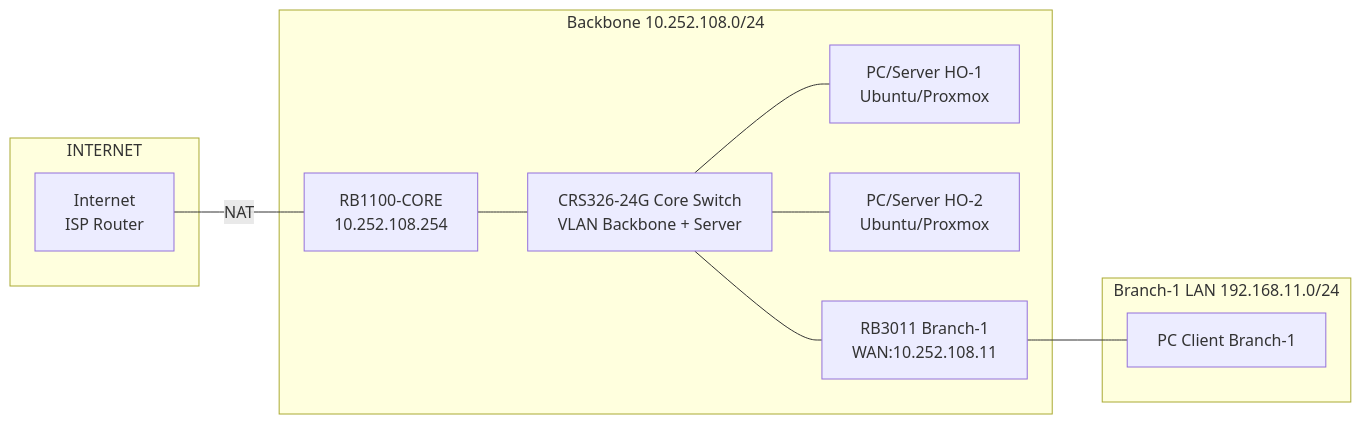
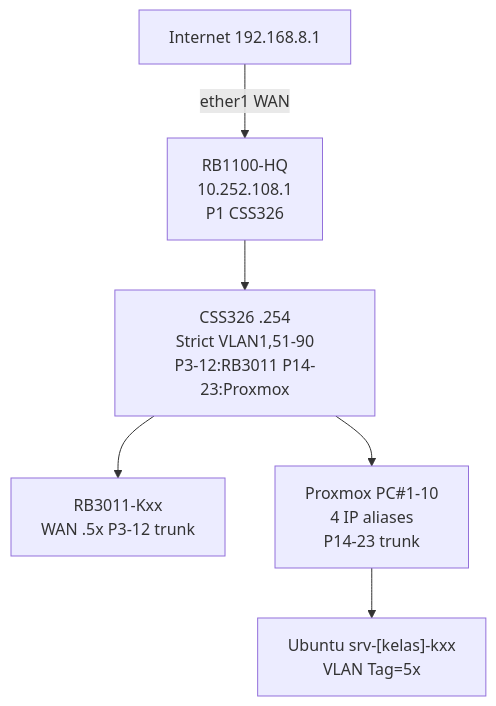
One commit to ferryastika/workshop-admin-jar-2026-B changed the diagram in MINGGU_1_Setup-Environment.md. Above: the diagram before and after it, drawn with Mermaid. The commit also changed other lines of this file, not shown here.

````diff
--- a/MINGGU_1_Setup-Environment.md
+++ b/MINGGU_1_Setup-Environment.md
@@ -38,19 +15,8 @@
 ```mermaid
-graph LR
-    subgraph INTERNET
-        WAN[Internet<br/>ISP Router]
-    end
-
-    WAN ---|NAT| RB1100CORE[RB1100-CORE<br/>10.252.108.254]
-
-    subgraph BACKBONE["Backbone 10.252.108.0/24"]
-        RB1100CORE --- CRS326[CRS326-24G Core Switch<br/>VLAN Backbone + Server]
-        CRS326 --- PC-HO1[PC/Server HO-1<br/>Ubuntu/Proxmox]
-        CRS326 --- PC-HO2[PC/Server HO-2<br/>Ubuntu/Proxmox]
-        CRS326 --- RB3011-BR1[RB3011 Branch-1<br/>WAN:10.252.108.11]
-    end
-
-    subgraph BRANCH1["Branch-1 LAN 192.168.11.0/24"]
-        RB3011-BR1 --- PC-BR1[PC Client Branch-1]
-    end
+graph TB
+    INTERNET[Internet 192.168.8.1] -->|ether1 WAN| RBHQ[RB1100-HQ<br/>10.252.108.1<br/>P1 CSS326]
+    RBHQ --> CSS[CSS326 .254<br/>Strict VLAN1,51-90<br/>P3-12:RB3011 P14-23:Proxmox]
+    CSS --> RB3011[RB3011-Kxx<br/>WAN .5x P3-12 trunk]
+    CSS --> PVE[Proxmox PC#1-10<br/>4 IP aliases<br/>P14-23 trunk]
+    PVE --> VM["Ubuntu srv-[kelas]-kxx<br/>VLAN Tag=5x"]
 ```
````
